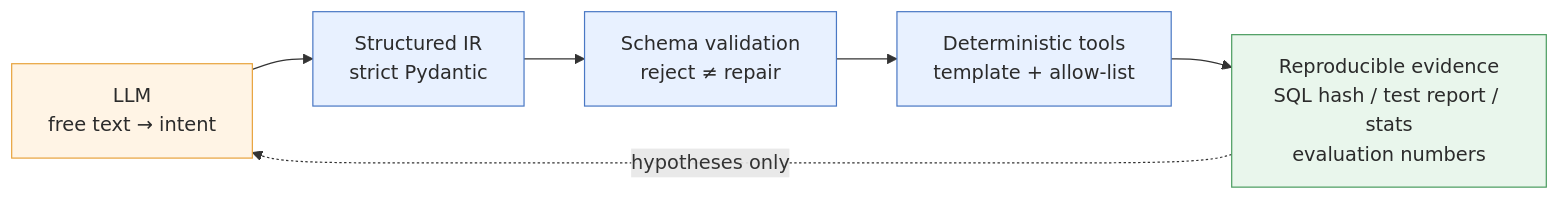
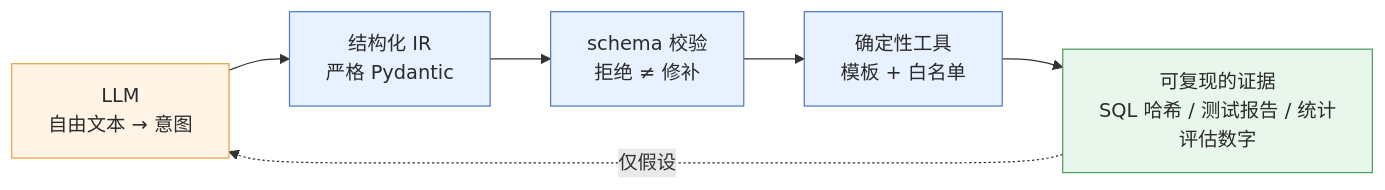
One commit to huangJJ8/airi changed the second of 4 diagrams in docs/architecture/overview.md. Above: the diagram before and after it, drawn with Mermaid. The commit also changed other lines of this file and 24 other files, not shown here.

````diff
--- a/docs/architecture/overview.md
+++ b/docs/architecture/overview.md
@@ -72,15 +69,15 @@
 ```mermaid
 flowchart LR
-    LLM["LLM<br/>free text → intent"] --> IR["Structured IR<br/>strict Pydantic"]
-    IR --> VALIDATE["Schema validation<br/>reject ≠ repair"]
-    VALIDATE --> TOOLS["Deterministic tools<br/>template + allow-list"]
-    TOOLS --> EVIDENCE["Reproducible evidence<br/>SQL hash / test report / stats<br/>evaluation numbers"]
+    LLM["LLM<br/>自由文本 → 意图"] --> IR["结构化 IR<br/>严格 Pydantic"]
+    IR --> VALIDATE["schema 校验<br/>拒绝 ≠ 修补"]
+    VALIDATE --> TOOLS["确定性工具<br/>模板 + 白名单"]
+    TOOLS --> EVIDENCE["可复现的证据<br/>SQL 哈希 / 测试报告 / 统计<br/>评估数字"]
 
-    EVIDENCE -.->|"hypotheses only"| LLM
+    EVIDENCE -.->|"仅假设"| LLM
 
     style LLM fill:#FFF4E5,stroke:#E8A33D,color:#2B2B2B
     style IR fill:#E8F1FF,stroke:#4A78C4,color:#2B2B2B
     style VALIDATE fill:#E8F1FF,stroke:#4A78C4,color:#2B2B2B
     style TOOLS fill:#E8F1FF,stroke:#4A78C4,color:#2B2B2B
     style EVIDENCE fill:#E9F6EC,stroke:#4A9C5F,color:#2B2B2B
 ```
````
